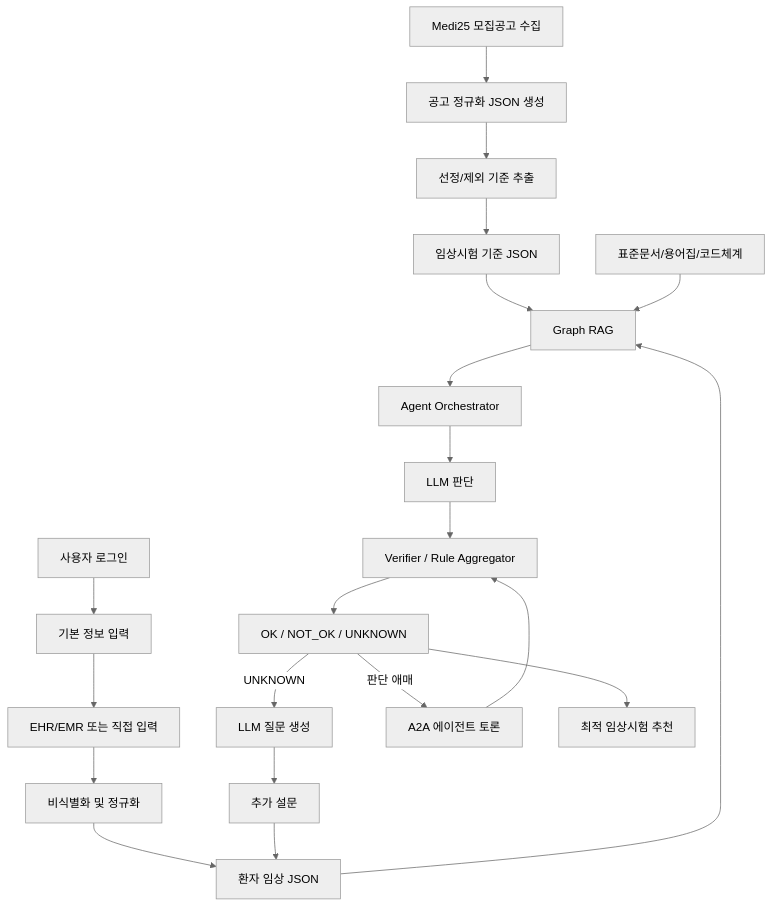
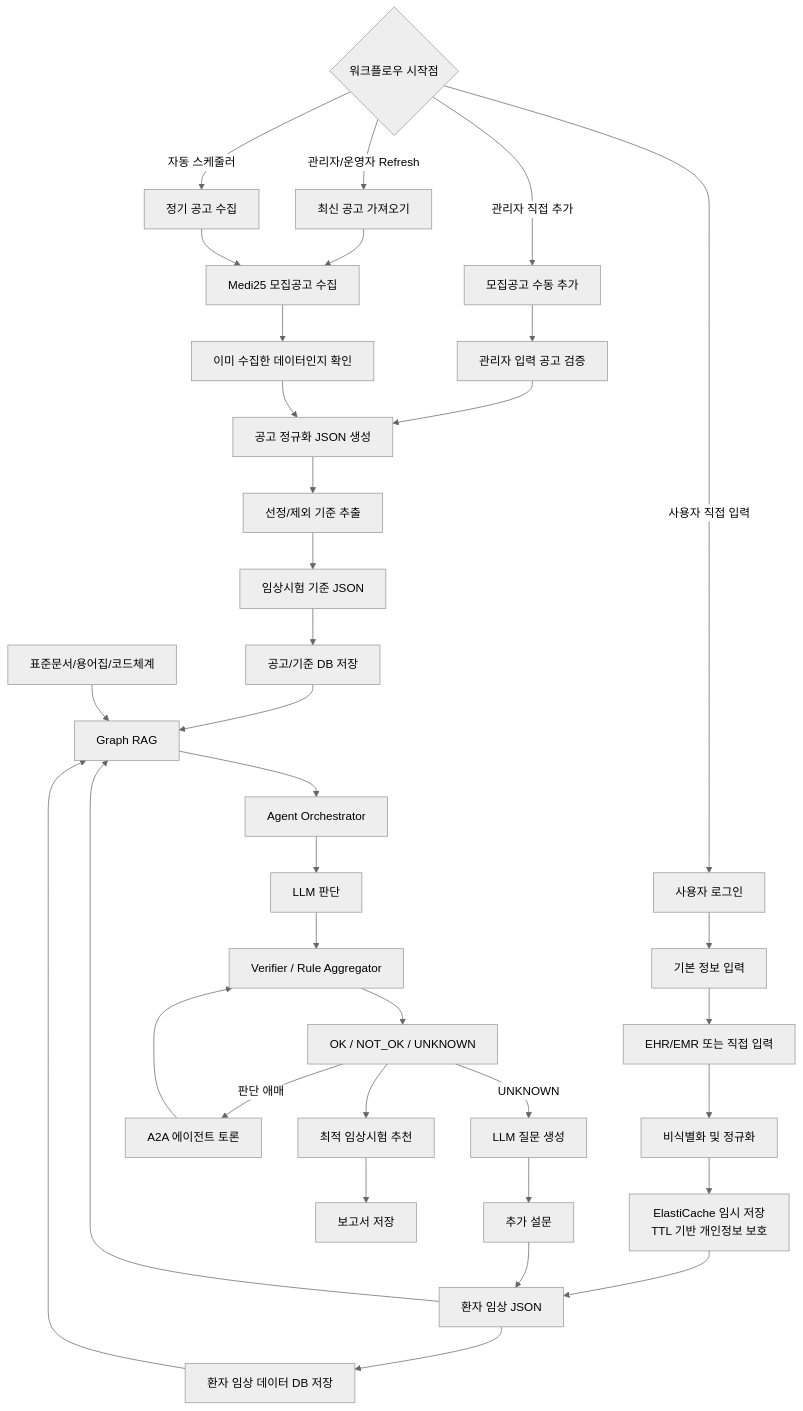
Before and after one commit to 1jaekim/AWS_Healthcare: the first of 6 diagrams in doc/MATCHING_MODEL_V2.md, drawn with Mermaid (neutral theme). The commit also changed other lines of this file, not shown here.

````diff
--- a/doc/MATCHING_MODEL_V2.md
+++ b/doc/MATCHING_MODEL_V2.md
@@ -11,29 +11,45 @@
 ```mermaid
 flowchart TD
-    A["Medi25 모집공고 수집"] --> B["공고 정규화 JSON 생성"]
+    START{"워크플로우 시작점"}
+    START -->|관리자/운영자 Refresh| REF["최신 공고 가져오기"]
+    START -->|관리자 직접 추가| ADMINADD["모집공고 수동 추가"]
+    START -->|자동 스케줄러| AUTO["정기 공고 수집"]
+    START -->|사용자 직접 입력| U["사용자 로그인"]
+
+    REF --> A["Medi25 모집공고 수집"]
+    ADMINADD --> MANUAL["관리자 입력 공고 검증"]
+    MANUAL --> B
+    AUTO --> A
+    A --> CHECK["이미 수집한 데이터인지 확인"]
+    CHECK --> B["공고 정규화 JSON 생성"]
     B --> C["선정/제외 기준 추출"]
     C --> D["임상시험 기준 JSON"]
+    D --> DBT["공고/기준 DB 저장"]
 
-    U["사용자 로그인"] --> P["기본 정보 입력"]
+    U --> P["기본 정보 입력"]
     P --> E["EHR/EMR 또는 직접 입력"]
     E --> S["비식별화 및 정규화"]
-    S --> J["환자 임상 JSON"]
+    S --> CACHE["ElastiCache 임시 저장<br/>TTL 기반 개인정보 보호"]
+    CACHE --> J["환자 임상 JSON"]
+    J --> DBP["환자 임상 데이터 DB 저장"]
 
-    D --> R["Graph RAG"]
+    DBT --> R["Graph RAG"]
+    DBP --> R
     J --> R
     STD["표준문서/용어집/코드체계"] --> R
 
     R --> AG["Agent Orchestrator"]
     AG --> M["LLM 판단"]
     M --> V["Verifier / Rule Aggregator"]
     V --> O["OK / NOT_OK / UNKNOWN"]
 
     O -->|UNKNOWN| Q["LLM 질문 생성"]
     Q --> QA["추가 설문"]
     QA --> J
 
     O -->|판단 애매| A2A["A2A 에이전트 토론"]
     A2A --> V
 
     O --> REC["최적 임상시험 추천"]
+    REC --> REP["보고서 저장"]
 ```
````
